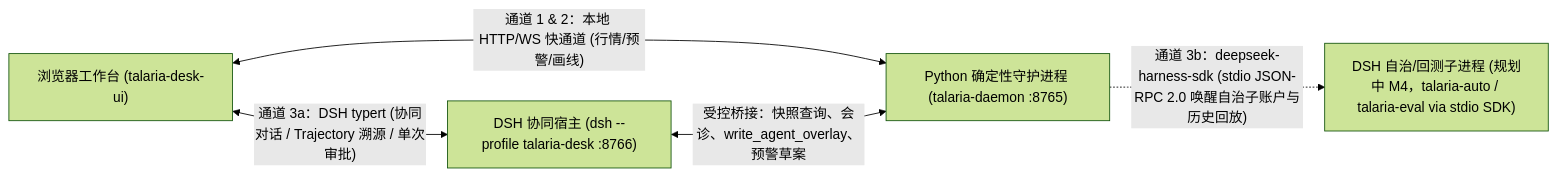
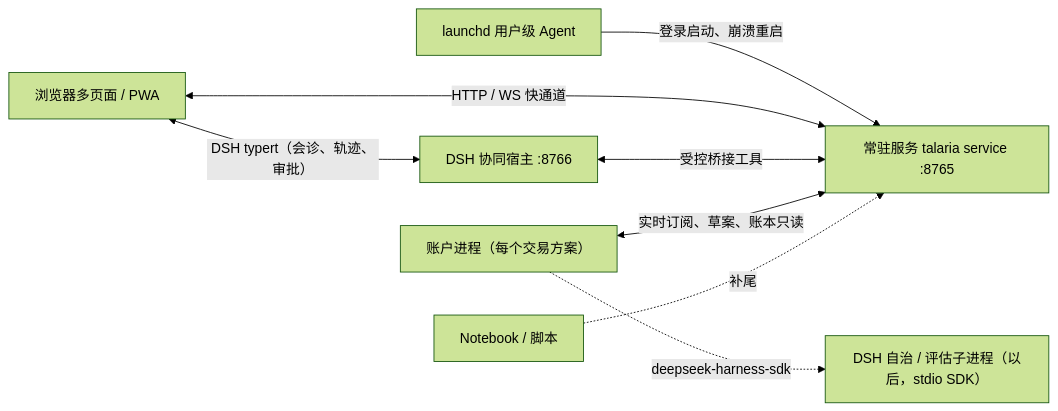
The second of 2 diagrams in docs/architecture.md (Dikui/Talaria), drawn with Mermaid (forest theme) before and after one commit. The commit also changed other lines of this file and 40 other files, not shown here.

````diff
--- a/docs/architecture.md
+++ b/docs/architecture.md
@@ -418,12 +495,18 @@
 ```mermaid
 flowchart LR
-  Browser["浏览器工作台 (talaria-desk-ui)"]
-  Daemon["Python 确定性守护进程 (talaria-daemon :8765)"]
-  DSHWeb["DSH 协同宿主 (dsh --profile talaria-desk :8766)"]
-  DSHAuto["DSH 自治/回测子进程 (规划中 M4，talaria-auto / talaria-eval via stdio SDK)"]
+  Launchd["launchd 用户级 Agent"]
+  Svc["常驻服务 talaria service :8765"]
+  Browser["浏览器多页面 / PWA"]
+  DSHWeb["DSH 协同宿主 :8766"]
+  Acct["账户进程（每个交易方案）"]
+  NB["Notebook / 脚本"]
+  DSHAuto["DSH 自治 / 评估子进程（以后，stdio SDK）"]
 
-  Browser <-->|"通道 1 & 2：本地 HTTP/WS 快通道 (行情/预警/画线)"| Daemon
-  Browser <-->|"通道 3a：DSH typert (协同对话 / Trajectory 溯源 / 单次审批)"| DSHWeb
-  DSHWeb <-->|"受控桥接：快照查询、会诊、write_agent_overlay、预警草案"| Daemon
-  Daemon -. "通道 3b：deepseek-harness-sdk (stdio JSON-RPC 2.0 唤醒自治子账户与历史回放)" .-> DSHAuto
+  Launchd -->|"登录启动、崩溃重启"| Svc
+  Browser <-->|"HTTP / WS 快通道"| Svc
+  Browser <-->|"DSH typert（会诊、轨迹、审批）"| DSHWeb
+  DSHWeb <-->|"受控桥接工具"| Svc
+  Acct <-->|"实时订阅、草案、账本只读"| Svc
+  NB -. "补尾" .-> Svc
+  Acct -. "deepseek-harness-sdk" .-> DSHAuto
 ```
````
